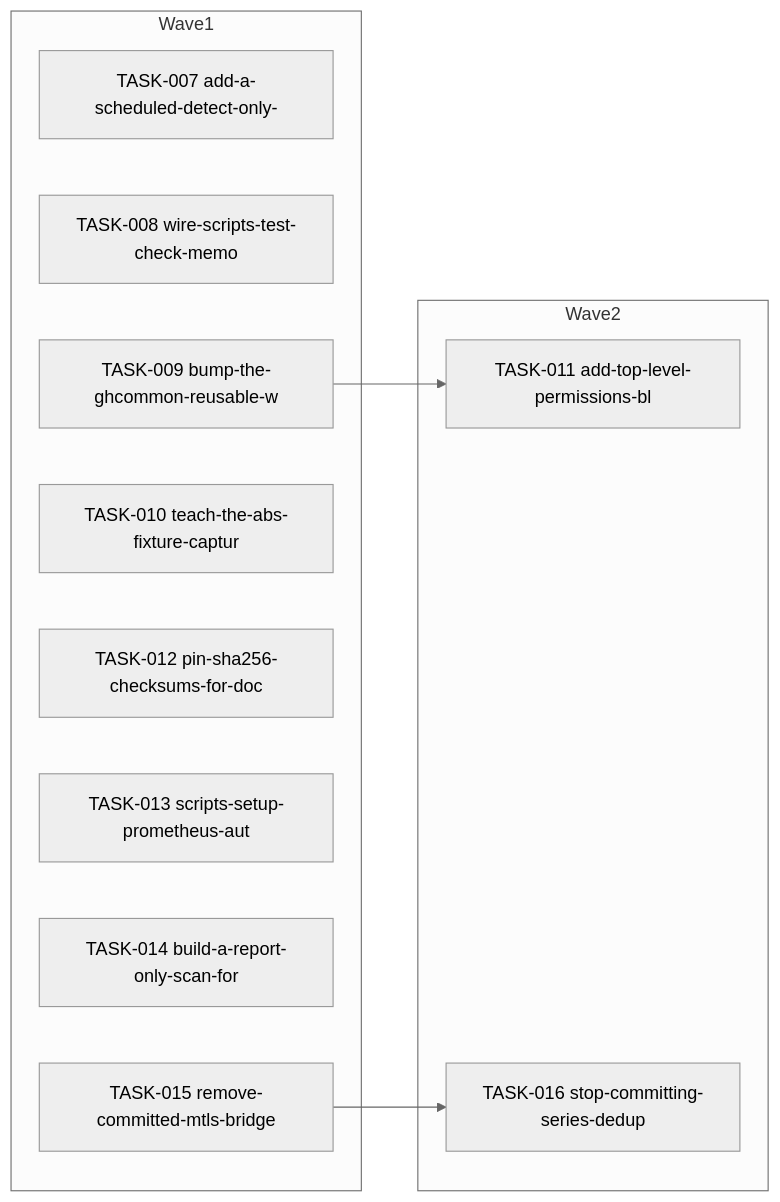
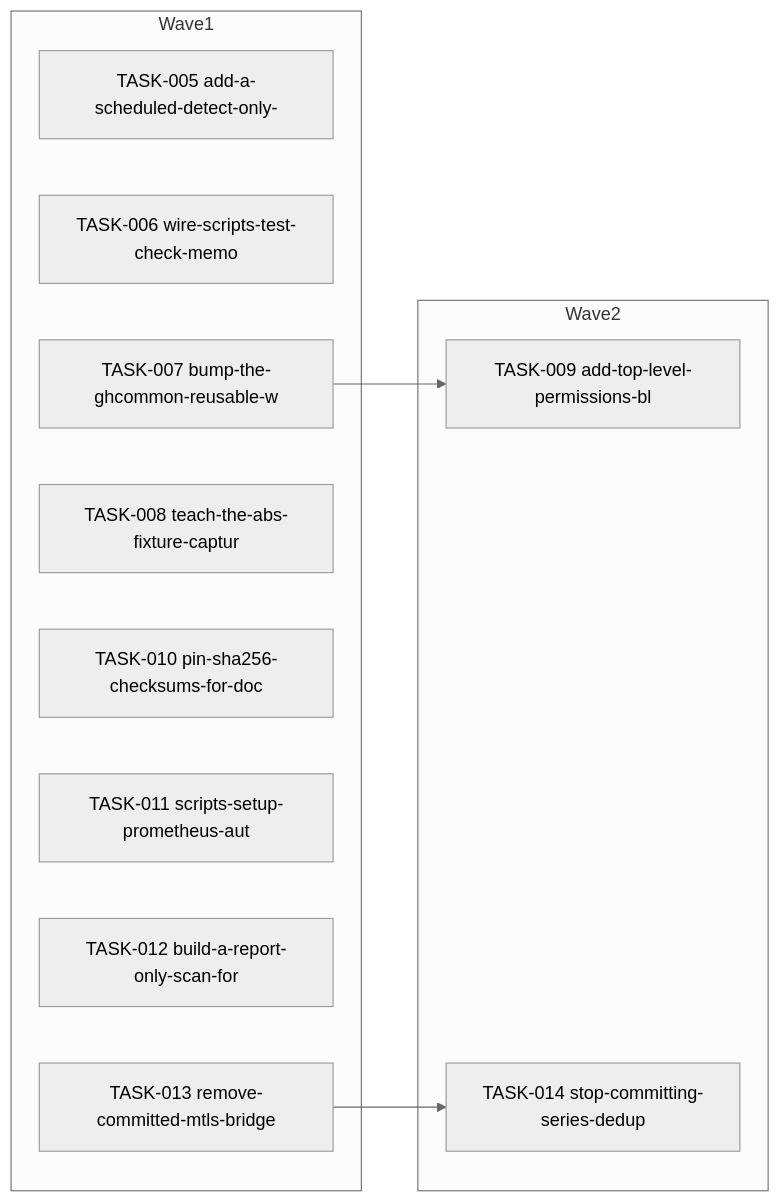
Before and after one commit to falkcorp/audiobook-organizer: the diagram in docs/agent-tasks/todo-completion/ci-tooling/orchestration.md, drawn with Mermaid (neutral theme). The commit also changed other lines of this file and 428 other files, not shown here.

````diff
--- a/docs/agent-tasks/todo-completion/ci-tooling/orchestration.md
+++ b/docs/agent-tasks/todo-completion/ci-tooling/orchestration.md
@@ -12,19 +12,19 @@
 ```mermaid
 flowchart LR
     subgraph Wave1
-      TASK007[TASK-007 add-a-scheduled-detect-only-]
-      TASK008[TASK-008 wire-scripts-test-check-memo]
-      TASK009[TASK-009 bump-the-ghcommon-reusable-w]
-      TASK010[TASK-010 teach-the-abs-fixture-captur]
-      TASK012[TASK-012 pin-sha256-checksums-for-doc]
-      TASK013[TASK-013 scripts-setup-prometheus-aut]
-      TASK014[TASK-014 build-a-report-only-scan-for]
-      TASK015[TASK-015 remove-committed-mtls-bridge]
+      TASK005[TASK-005 add-a-scheduled-detect-only-]
+      TASK006[TASK-006 wire-scripts-test-check-memo]
+      TASK007[TASK-007 bump-the-ghcommon-reusable-w]
+      TASK008[TASK-008 teach-the-abs-fixture-captur]
+      TASK010[TASK-010 pin-sha256-checksums-for-doc]
+      TASK011[TASK-011 scripts-setup-prometheus-aut]
+      TASK012[TASK-012 build-a-report-only-scan-for]
+      TASK013[TASK-013 remove-committed-mtls-bridge]
     end
     subgraph Wave2
-      TASK011[TASK-011 add-top-level-permissions-bl]
-      TASK016[TASK-016 stop-committing-series-dedup]
+      TASK009[TASK-009 add-top-level-permissions-bl]
+      TASK014[TASK-014 stop-committing-series-dedup]
     end
-    TASK009 --> TASK011
-    TASK015 --> TASK016
+    TASK007 --> TASK009
+    TASK013 --> TASK014
 ```
````
